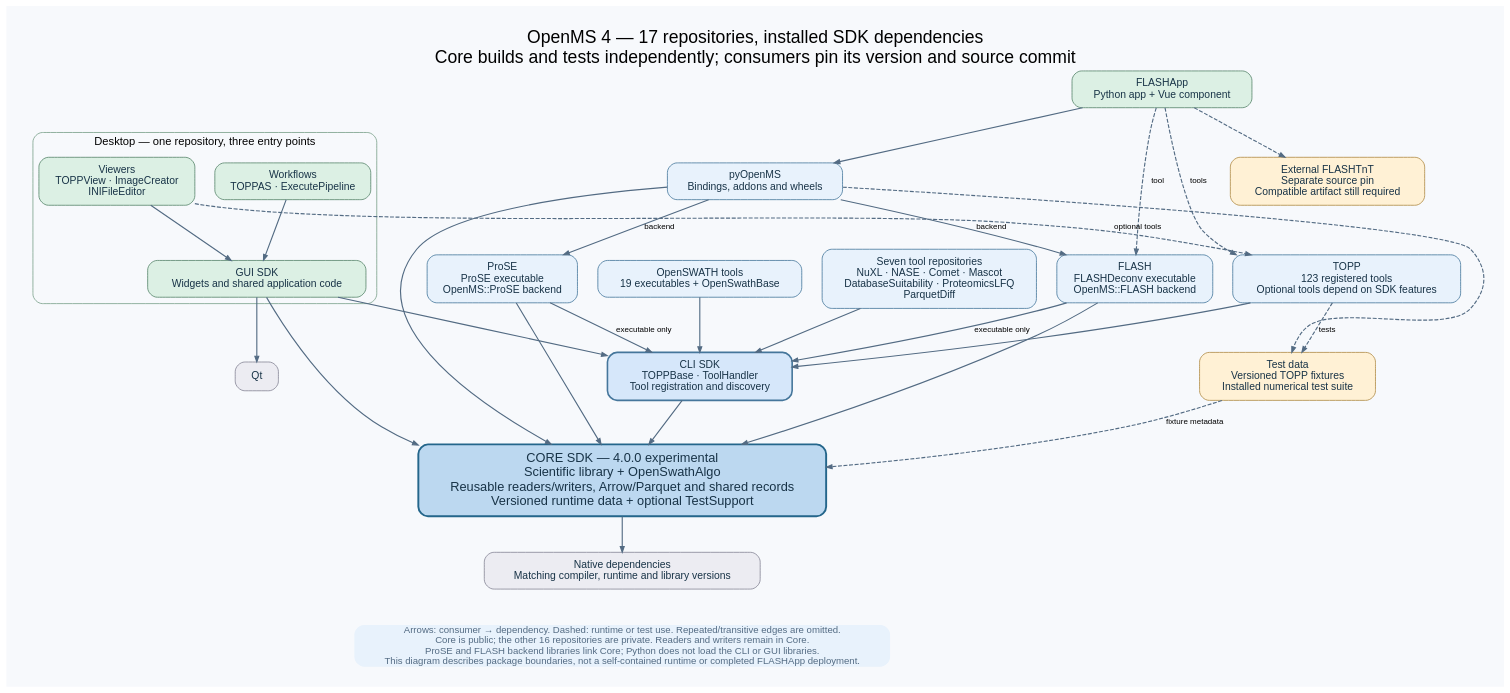
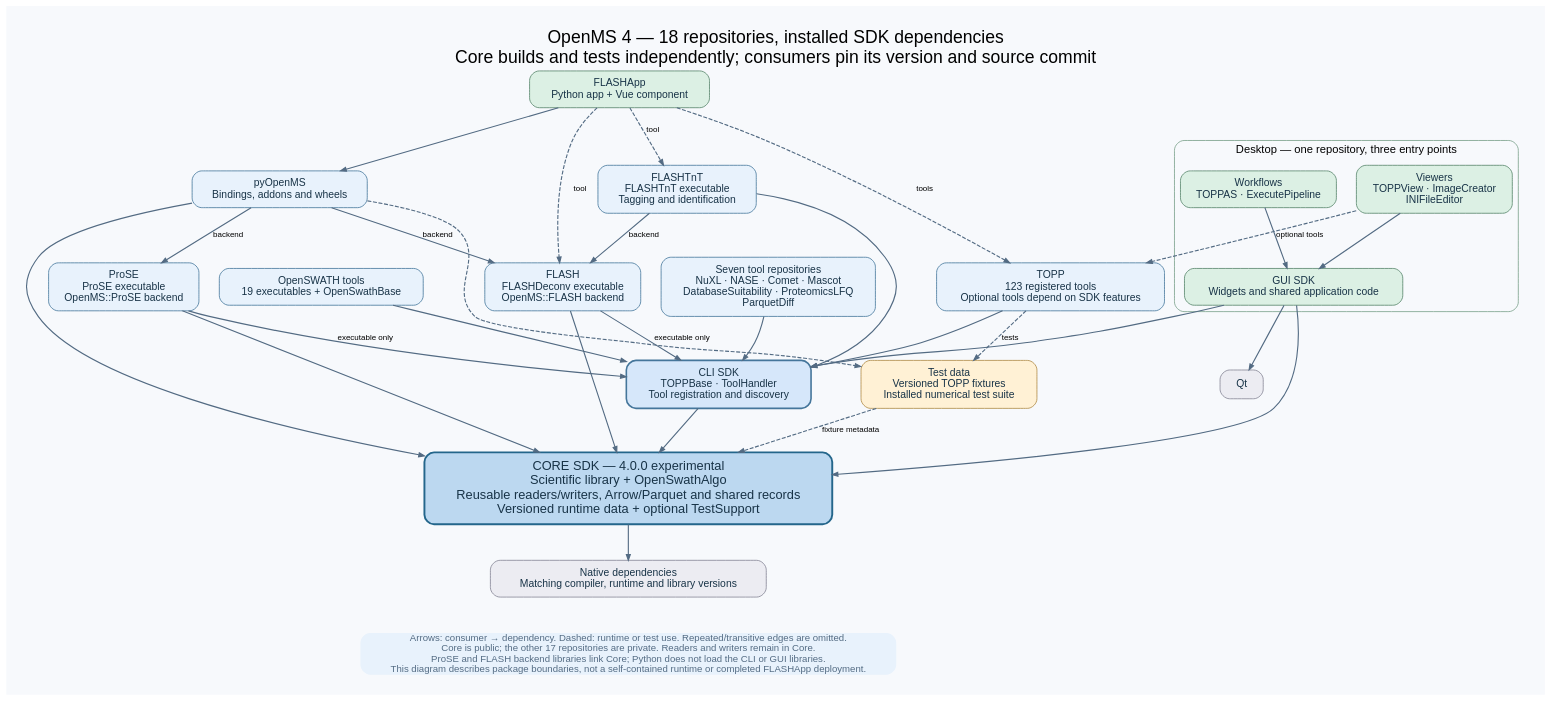
The diagram in docs/package-architecture.dot (okohlbacher/OpenMS4-tests), drawn with Graphviz before and after one commit. The commit also changed 5 other files, not shown here.

First line of the commit message:
[DOC] Give the project one current-state page and put FLASHTnT in the figure

```diff
--- a/docs/package-architecture.dot
+++ b/docs/package-architecture.dot
@@ -1,39 +1,40 @@
 digraph Packages {
-  graph [rankdir=TB, bgcolor="#F7F9FC", pad="0.35", nodesep="0.35", ranksep="0.6", fontname="Helvetica", label="OpenMS 4 — 17 repositories, installed SDK dependencies\nCore builds and tests independently; consumers pin its version and source commit", labelloc=t, fontsize=22];
+  graph [rankdir=TB, bgcolor="#F7F9FC", pad="0.35", nodesep="0.35", ranksep="0.6", fontname="Helvetica", label="OpenMS 4 — 18 repositories, installed SDK dependencies\nCore builds and tests independently; consumers pin its version and source commit", labelloc=t, fontsize=22];
   node [shape=box, style="rounded,filled", fontname="Helvetica", fontsize=13, margin="0.18,0.13", color="#45769B", fillcolor="#E8F2FC", fontcolor="#183347"];
   edge [color="#536B83", arrowsize=0.7, penwidth=1.4, fontname="Helvetica", fontsize=10];
   app [label="FLASHApp\nPython app + Vue component", fillcolor="#DCF0E4", color="#56856A"];
   py [label="pyOpenMS\nBindings, addons and wheels"];
   topp [label="TOPP\n123 registered tools\nOptional tools depend on SDK features"];
   swath [label="OpenSWATH tools\n19 executables + OpenSwathBase"];
   flash [label="FLASH\nFLASHDeconv executable\nOpenMS::FLASH backend"];
   prose [label="ProSE\nProSE executable\nOpenMS::ProSE backend"];
   products [label="Seven tool repositories\nNuXL · NASE · Comet · Mascot\nDatabaseSuitability · ProteomicsLFQ\nParquetDiff"];
   subgraph cluster_desktop {
     label="Desktop — one repository, three entry points"; fontname="Helvetica"; fontsize=14; color="#79A089"; style="rounded";
     viewers [label="Viewers\nTOPPView · ImageCreator\nINIFileEditor", fillcolor="#DCF0E4", color="#56856A"];
     workflows [label="Workflows\nTOPPAS · ExecutePipeline", fillcolor="#DCF0E4", color="#56856A"];
     gui [label="GUI SDK\nWidgets and shared application code", fillcolor="#DCF0E4", color="#56856A"];
     {rank=same; viewers; workflows;}
     viewers -> gui; workflows -> gui;
   }
   cli [label="CLI SDK\nTOPPBase · ToolHandler\nTool registration and discovery", fillcolor="#D6E7FA", penwidth=2];
   core [label="CORE SDK — 4.0.0 experimental\nScientific library + OpenSwathAlgo\nReusable readers/writers, Arrow/Parquet and shared records\nVersioned runtime data + optional TestSupport", fillcolor="#BCD8F0", color="#24668B", penwidth=2.4, fontsize=16];
   fixtures [label="Test data\nVersioned TOPP fixtures\nInstalled numerical test suite", fillcolor="#FFF1D5", color="#AF8A43"];
   native [label="Native dependencies\nMatching compiler, runtime and library versions", fillcolor="#ECECF2", color="#858595"];
   qt [label="Qt", fillcolor="#ECECF2", color="#858595"];
-  tnt [label="External FLASHTnT\nSeparate source pin\nCompatible artifact still required", fillcolor="#FFF1D5", color="#AF8A43"];
-  app -> py; app -> flash [style=dashed, label="tool"]; app -> topp [style=dashed, label="tools"]; app -> tnt [style=dashed];
+  tnt [label="FLASHTnT\nFLASHTnT executable\nTagging and identification"];
+  app -> py; app -> flash [style=dashed, label="tool"]; app -> topp [style=dashed, label="tools"]; app -> tnt [style=dashed, label="tool"];
   py -> core; py -> prose [label="backend"]; py -> flash [label="backend"];
   topp -> cli; swath -> cli; products -> cli;
   flash -> cli [label="executable only"]; prose -> cli [label="executable only"];
+  tnt -> cli; tnt -> flash [label="backend"];
   flash -> core; prose -> core;
   cli -> core; gui -> cli; gui -> core; gui -> qt;
   fixtures -> core [style=dashed, label="fixture metadata"];
   topp -> fixtures [style=dashed, label="tests"];
   py -> fixtures [style=dashed, constraint=false];
   viewers -> topp [style=dashed, label="optional tools", constraint=false];
   core -> native;
-  note [shape=plain, fontcolor="#536B83", fontsize=12, label="Arrows: consumer → dependency. Dashed: runtime or test use. Repeated/transitive edges are omitted.\nCore is public; the other 16 repositories are private. Readers and writers remain in Core.\nProSE and FLASH backend libraries link Core; Python does not load the CLI or GUI libraries.\nThis diagram describes package boundaries, not a self-contained runtime or completed FLASHApp deployment."];
+  note [shape=plain, fontcolor="#536B83", fontsize=12, label="Arrows: consumer → dependency. Dashed: runtime or test use. Repeated/transitive edges are omitted.\nCore is public; the other 17 repositories are private. Readers and writers remain in Core.\nProSE and FLASH backend libraries link Core; Python does not load the CLI or GUI libraries.\nThis diagram describes package boundaries, not a self-contained runtime or completed FLASHApp deployment."];
   native -> note [style=invis];
 }
```
